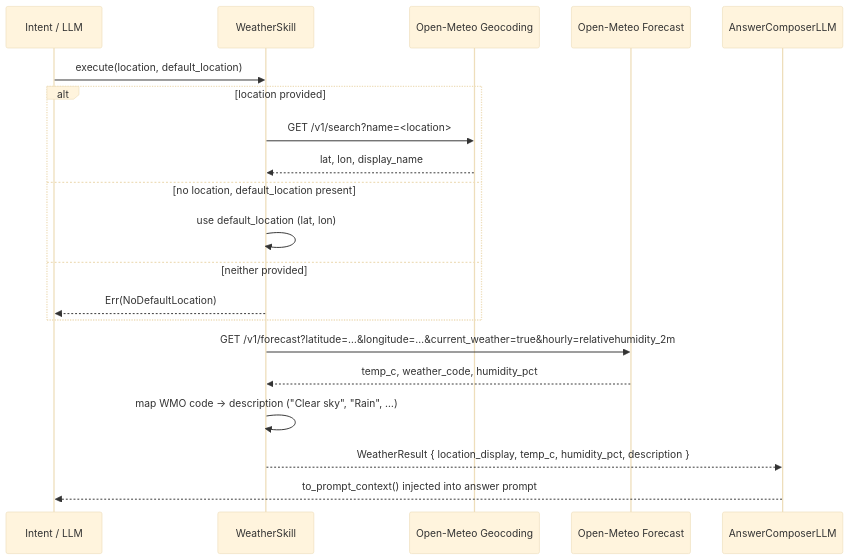
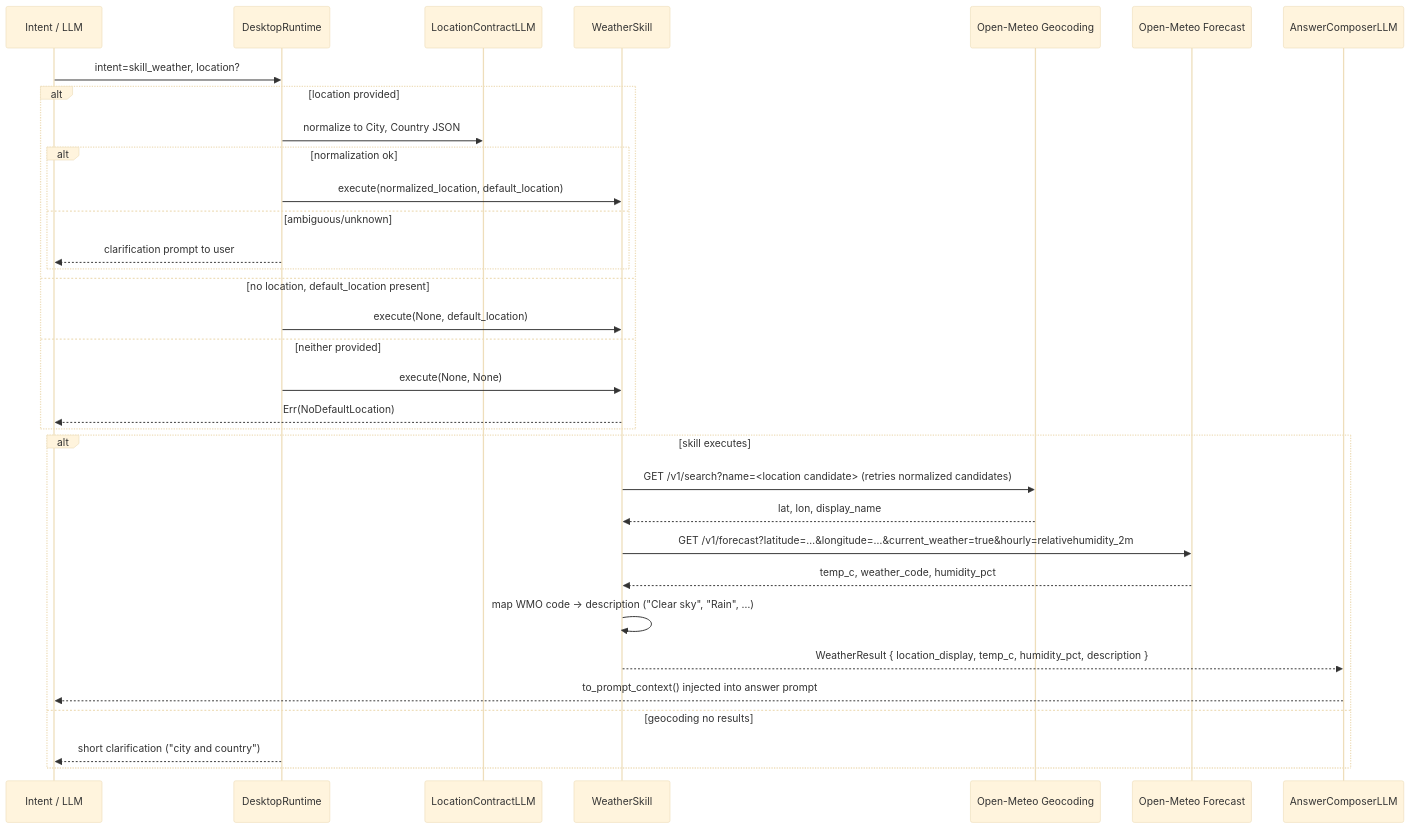
Before and after one commit to AncientiCe/aice: the diagram in docs/skills/weather.md, drawn with Mermaid (base theme). The commit also changed other lines of this file and 9 other files, not shown here.

````diff
--- a/docs/skills/weather.md
+++ b/docs/skills/weather.md
@@ -11,23 +11,36 @@
 ```mermaid
 sequenceDiagram
     participant LLM as Intent / LLM
+    participant Runtime as DesktopRuntime
+    participant Normalizer as LocationContractLLM
     participant Skill as WeatherSkill
     participant Geo as Open-Meteo Geocoding
     participant Wx as Open-Meteo Forecast
     participant Composer as AnswerComposerLLM
 
-    LLM->>Skill: execute(location, default_location)
+    LLM->>Runtime: intent=skill_weather, location?
     alt location provided
-        Skill->>Geo: GET /v1/search?name=<location>
-        Geo-->>Skill: lat, lon, display_name
+        Runtime->>Normalizer: normalize to City, Country JSON
+        alt normalization ok
+            Runtime->>Skill: execute(normalized_location, default_location)
+        else ambiguous/unknown
+            Runtime-->>LLM: clarification prompt to user
+        end
     else no location, default_location present
-        Skill->>Skill: use default_location (lat, lon)
+        Runtime->>Skill: execute(None, default_location)
     else neither provided
+        Runtime->>Skill: execute(None, None)
         Skill-->>LLM: Err(NoDefaultLocation)
     end
-    Skill->>Wx: GET /v1/forecast?latitude=…&longitude=…&current_weather=true&hourly=relativehumidity_2m
-    Wx-->>Skill: temp_c, weather_code, humidity_pct
-    Skill->>Skill: map WMO code → description ("Clear sky", "Rain", …)
-    Skill-->>Composer: WeatherResult { location_display, temp_c, humidity_pct, description }
-    Composer-->>LLM: to_prompt_context() injected into answer prompt
+    alt skill executes
+        Skill->>Geo: GET /v1/search?name=<location candidate> (retries normalized candidates)
+        Geo-->>Skill: lat, lon, display_name
+        Skill->>Wx: GET /v1/forecast?latitude=…&longitude=…&current_weather=true&hourly=relativehumidity_2m
+        Wx-->>Skill: temp_c, weather_code, humidity_pct
+        Skill->>Skill: map WMO code → description ("Clear sky", "Rain", …)
+        Skill-->>Composer: WeatherResult { location_display, temp_c, humidity_pct, description }
+        Composer-->>LLM: to_prompt_context() injected into answer prompt
+    else geocoding no results
+        Runtime-->>LLM: short clarification ("city and country")
+    end
 ```
````
